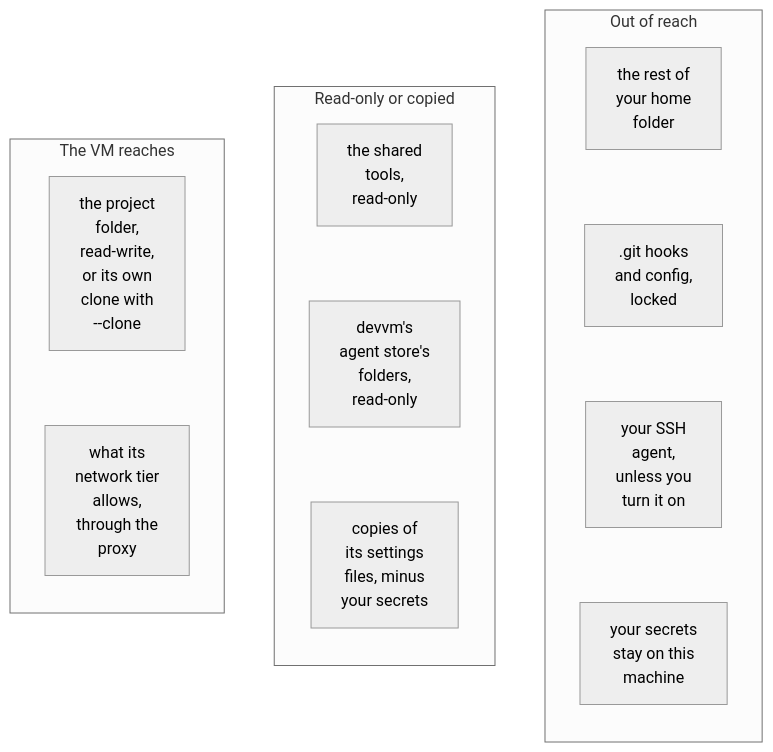
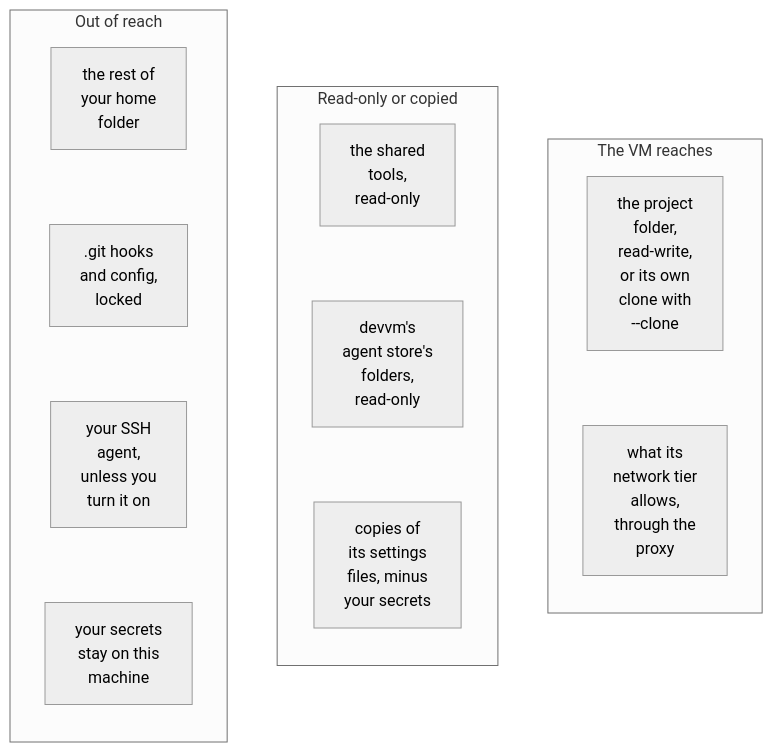
The diagram in docs/content/docs/safety/_index.md (devvmhq/devvm), drawn with Mermaid (neutral theme) before and after one commit. The commit also changed 32 other files, not shown here.

First line of the commit message:
docs(site): draw the diagrams at build time with pele, no Mermaid JS

````diff
--- a/docs/content/docs/safety/_index.md
+++ b/docs/content/docs/safety/_index.md
@@ -25,31 +25,33 @@
 ```mermaid
 ---
 config:
   flowchart:
     minNodeWidth: 0
 ---
 flowchart TB
+  accTitle: What a VM can do with what's on this machine
+  accDescr: The VM reaches the project folder, read-write, or its own clone with --clone, and what its network tier allows, through the proxy. It gets the shared tools and devvm's agent store's folders read-only, and copies of its settings files, minus your secrets. Out of its reach are the rest of your home folder, the .git hooks and config, which are locked, your SSH agent, unless you turn it on, and your secrets, which stay on this machine.
   %% Narrower nodes than other diagrams' and labels of at most 12 characters a line, so three
-  %% columns fit the page. Mermaid lays the columns out from right to left, so the last one comes first.
+  %% columns fit the page. The columns are laid out from left to right in the order they're written.
+  subgraph reach["The VM reaches"]
+    direction TB
+    folder["the project<br>folder,<br>read-write,<br>or its own<br>clone with<br>--clone"]
+    hosts["what its<br>network tier<br>allows,<br>through the<br>proxy"]
+    folder ~~~ hosts
+  end
+  subgraph copied["Read-only or copied"]
+    direction TB
+    tools["the shared<br>tools,<br>read-only"]
+    folders["devvm's<br>agent store's<br>folders,<br>read-only"]
+    files["copies of<br>its settings<br>files, minus<br>your secrets"]
+    tools ~~~ folders ~~~ files
+  end
   subgraph out["Out of reach"]
     direction TB
     home["the rest of<br>your home<br>folder"]
     git[".git hooks<br>and config,<br>locked"]
     agent["your SSH<br>agent,<br>unless you<br>turn it on"]
     secrets["your secrets<br>stay on this<br>machine"]
     home ~~~ git ~~~ agent ~~~ secrets
   end
-  subgraph copied["Read-only or copied"]
-    direction TB
-    tools["the shared<br>tools,<br>read-only"]
-    folders["devvm's<br>agent store's<br>folders,<br>read-only"]
-    files["copies of<br>its settings<br>files, minus<br>your secrets"]
-    tools ~~~ folders ~~~ files
-  end
-  subgraph reach["The VM reaches"]
-    direction TB
-    folder["the project<br>folder,<br>read-write,<br>or its own<br>clone with<br>--clone"]
-    hosts["what its<br>network tier<br>allows,<br>through the<br>proxy"]
-    folder ~~~ hosts
-  end
 ```
````
